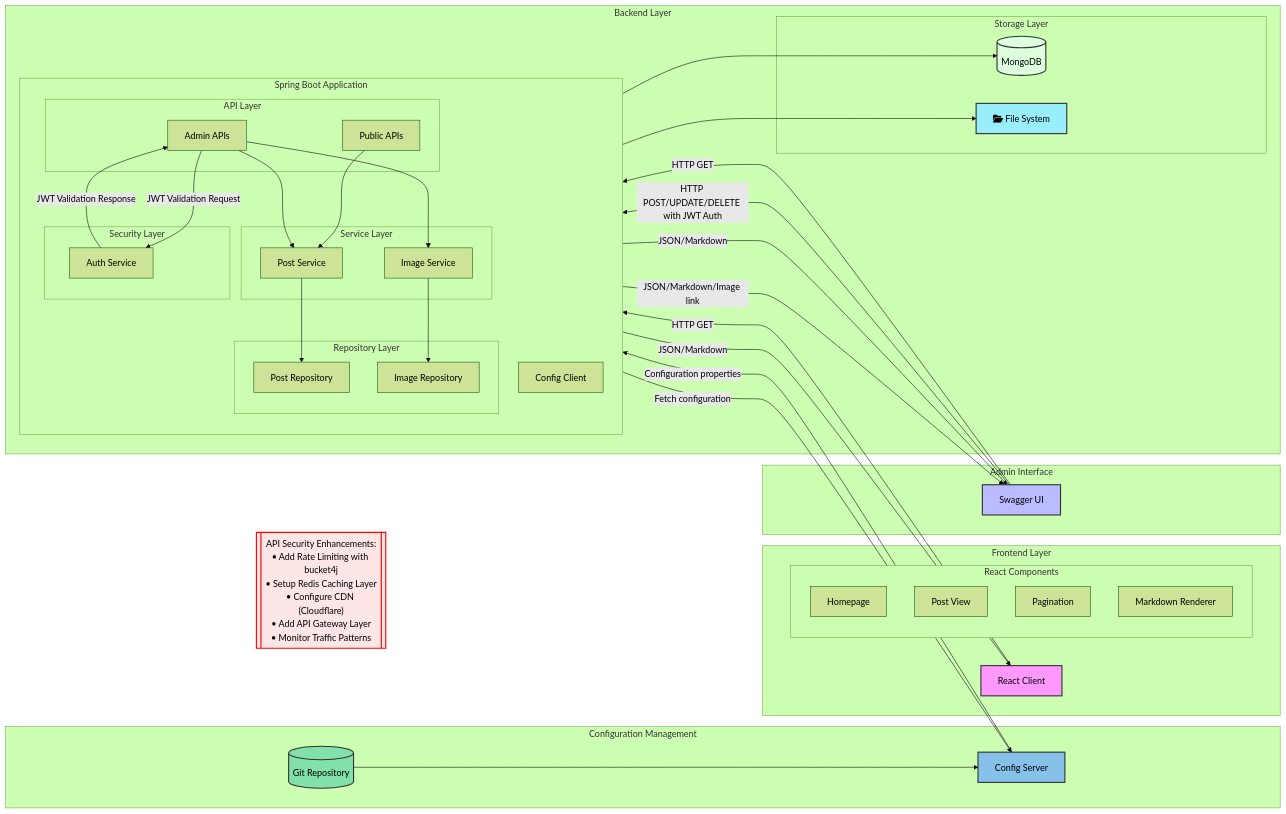
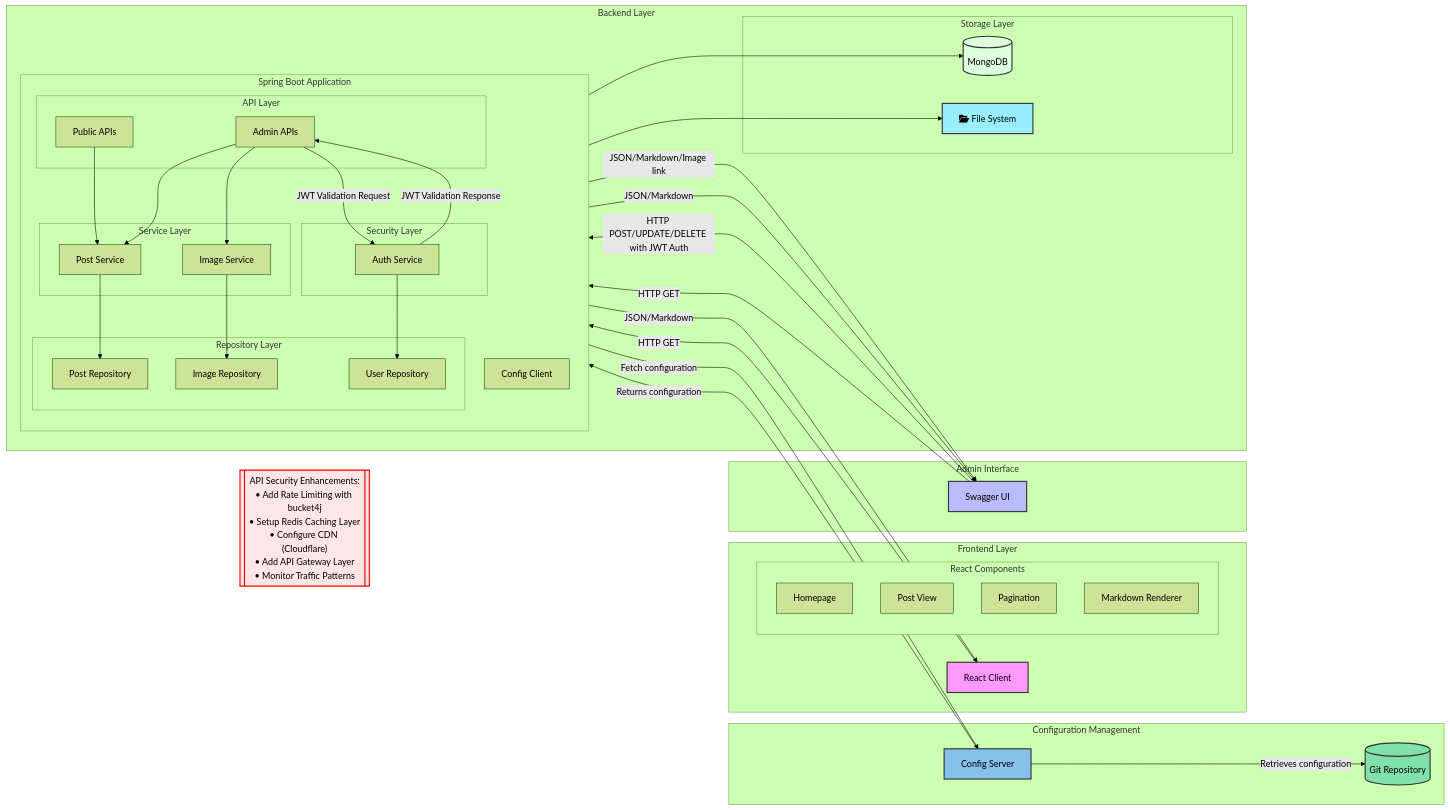
The diagram in blog-architecture/blog-architecture-design.mmd (mouhamethfadal/blog-design), drawn with Mermaid (forest theme) before and after one commit. The commit also changed 3 other files, not shown here.

Commit message:
:recycle: 🏗️ Remove project structure/ Update architecture

```diff
--- a/blog-architecture/blog-architecture-design.mmd
+++ b/blog-architecture/blog-architecture-design.mmd
@@ -1,86 +1,88 @@
 graph LR
     subgraph "Configuration Management"
         GR[(Git Repository)]
         CS[Config Server]
-        GR --> CS
+        CS -->|Retrieves configuration| GR
     end
 
     subgraph "Frontend Layer"
         RC[React Client]
         subgraph "React Components"
             HP[Homepage]
             PV[Post View]
             PAG[Pagination]
             MD[Markdown Renderer]
         end
     end
 
     subgraph "Admin Interface"
         SW[Swagger UI]
     end
 
     subgraph "Backend Layer"
         subgraph "Spring Boot Application"
             direction TB
             CC[Config Client]
             subgraph "API Layer"
                 PA[Public APIs]
                 AA[Admin APIs]
             end
 
             subgraph "Security Layer"
                 AS[Auth Service]
             end
 
             subgraph "Service Layer"
                 PS[Post Service]
                 IS[Image Service]
             end
 
             subgraph "Repository Layer"
                 PR[Post Repository]
                 IR[Image Repository]
+                UR[User Repository]
             end
         end
         subgraph "Storage Layer"
             MD_DB[(MongoDB)]
             FS[fa:fa-folder-open File System]
         end
     end
 
     SecurityNote[["API Security Enhancements:<br/>• Add Rate Limiting with bucket4j<br/>• Setup Redis Caching Layer<br/>• Configure CDN (Cloudflare)<br/>• Add API Gateway Layer<br/>• Monitor Traffic Patterns"]]
 
 %% Config interactions
-    CS --> |Configuration properties| CC
+    CS --> |Returns configuration| CC
     CC --> |Fetch configuration| CS
 
 %% Frontend interactions
     RC --> |HTTP GET| PA
     PA --> |JSON/Markdown| RC
 
 %% Admin interactions
     SW --> |HTTP POST/UPDATE/DELETE with JWT Auth| AA
     AA --> |JSON/Markdown/Image link| SW
     SW --> |HTTP GET| PA
     PA --> |JSON/Markdown| SW
     AA --> |JWT Validation Request| AS
     AS --> |JWT Validation Response| AA
 
 %% Internal backend flows
     PA --> PS
     AA --> PS
     AA --> IS
     PS --> PR
     PR --> MD_DB
     IS --> IR
     IR --> FS
+    AS --> UR
 
     classDef note fill:#ffe6e6,stroke:#ff0000,stroke-width:2px,width:1000px
     class SecurityNote note
 
     style RC fill:#f9f,stroke:#333,stroke-width:2px
     style SW fill:#bbf,stroke:#333,stroke-width:2px
     style MD_DB fill:#dfd,stroke:#333,stroke-width:2px
     style FS fill:#99eefb,stroke:#333,stroke-width:2px
     style CS fill:#85C1E9,stroke:#333,stroke-width:2px
     style GR fill:#82E0AA,stroke:#333,stroke-width:2px
```
